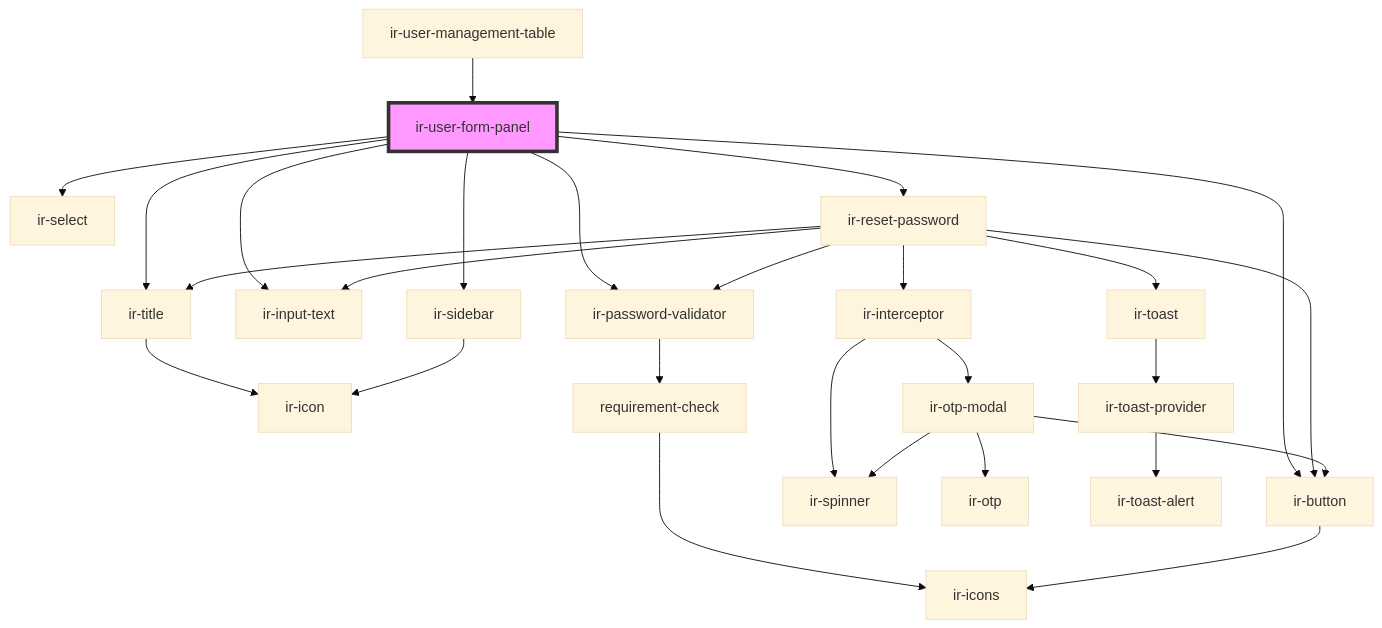
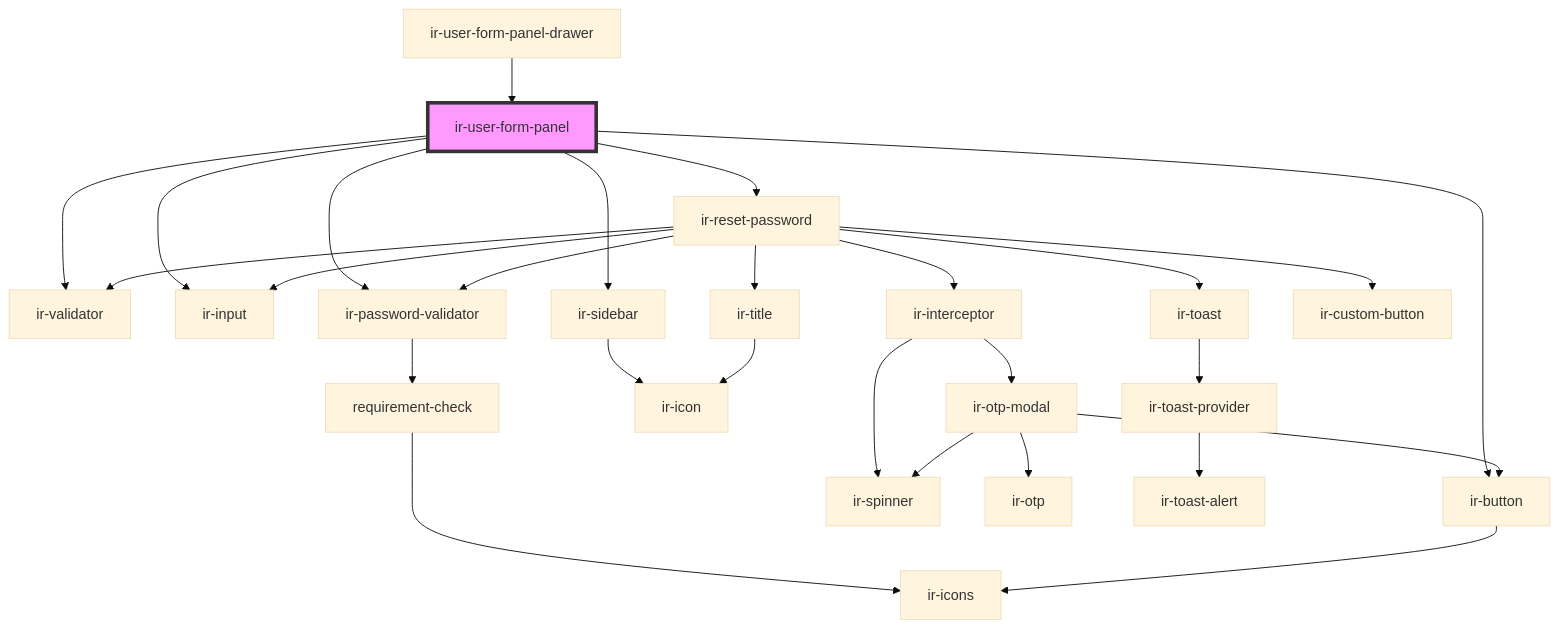
One commit to RonyRizk/ir-webcmp changed the diagram in src/components/ir-user-management/ir-user-form-panel/readme.md. Above: the diagram before and after it, drawn with Mermaid (base theme). The commit also changed other lines of this file and 45 other files, not shown here.

````diff
--- a/src/components/ir-user-management/ir-user-form-panel/readme.md
+++ b/src/components/ir-user-management/ir-user-form-panel/readme.md
@@ -49,30 +49,30 @@
 ```mermaid
 graph TD;
-  ir-user-form-panel --> ir-title
-  ir-user-form-panel --> ir-input-text
-  ir-user-form-panel --> ir-select
+  ir-user-form-panel --> ir-validator
+  ir-user-form-panel --> ir-input
   ir-user-form-panel --> ir-password-validator
   ir-user-form-panel --> ir-button
   ir-user-form-panel --> ir-sidebar
   ir-user-form-panel --> ir-reset-password
-  ir-title --> ir-icon
   ir-password-validator --> requirement-check
   requirement-check --> ir-icons
   ir-button --> ir-icons
   ir-sidebar --> ir-icon
   ir-reset-password --> ir-interceptor
   ir-reset-password --> ir-toast
   ir-reset-password --> ir-title
-  ir-reset-password --> ir-input-text
+  ir-reset-password --> ir-validator
+  ir-reset-password --> ir-input
   ir-reset-password --> ir-password-validator
-  ir-reset-password --> ir-button
+  ir-reset-password --> ir-custom-button
   ir-interceptor --> ir-spinner
   ir-interceptor --> ir-otp-modal
   ir-otp-modal --> ir-spinner
   ir-otp-modal --> ir-otp
   ir-otp-modal --> ir-button
   ir-toast --> ir-toast-provider
   ir-toast-provider --> ir-toast-alert
-  ir-user-management-table --> ir-user-form-panel
+  ir-title --> ir-icon
+  ir-user-form-panel-drawer --> ir-user-form-panel
   style ir-user-form-panel fill:#f9f,stroke:#333,stroke-width:4px
 ```
````
